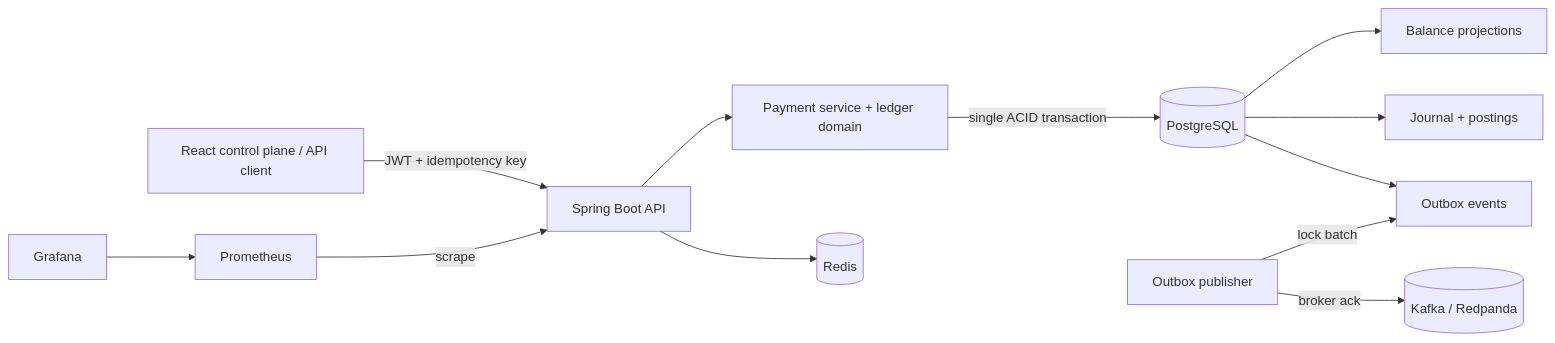
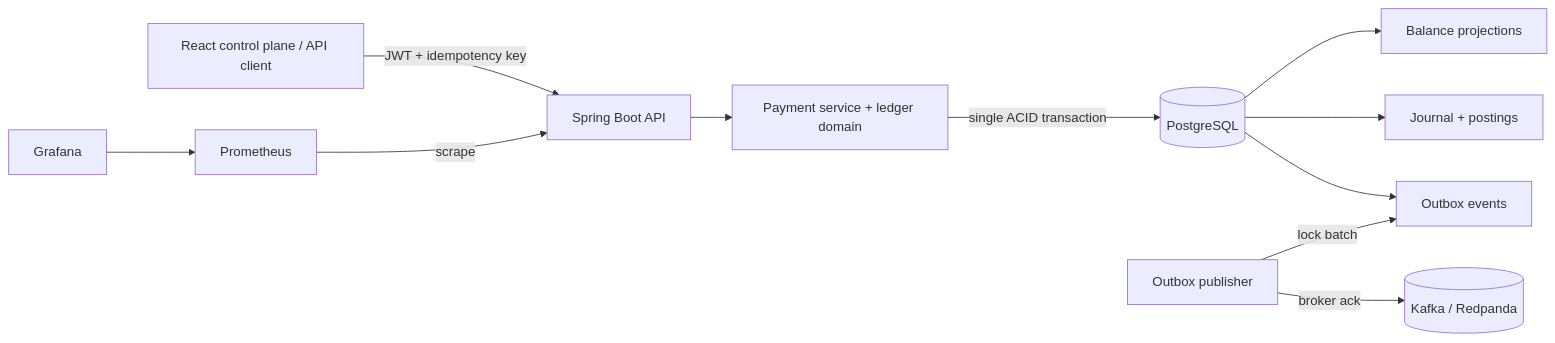
Before and after one commit to Mohamedajab/clearledger: the diagram in README.md, drawn with Mermaid. The commit also changed other lines of this file and 17 other files, not shown here.

````diff
--- a/README.md
+++ b/README.md
@@ -37,14 +34,13 @@
 ```mermaid
 flowchart LR
   Client[React control plane / API client] -->|JWT + idempotency key| API[Spring Boot API]
   API --> Domain[Payment service + ledger domain]
   Domain -->|single ACID transaction| PG[(PostgreSQL)]
   PG --> Accounts[Balance projections]
   PG --> Journal[Journal + postings]
   PG --> Outbox[Outbox events]
   Worker[Outbox publisher] -->|lock batch| Outbox
   Worker -->|broker ack| Kafka[(Kafka / Redpanda)]
-  API --> Redis[(Redis)]
   Prom[Prometheus] -->|scrape| API
   Grafana[Grafana] --> Prom
 ```
````
